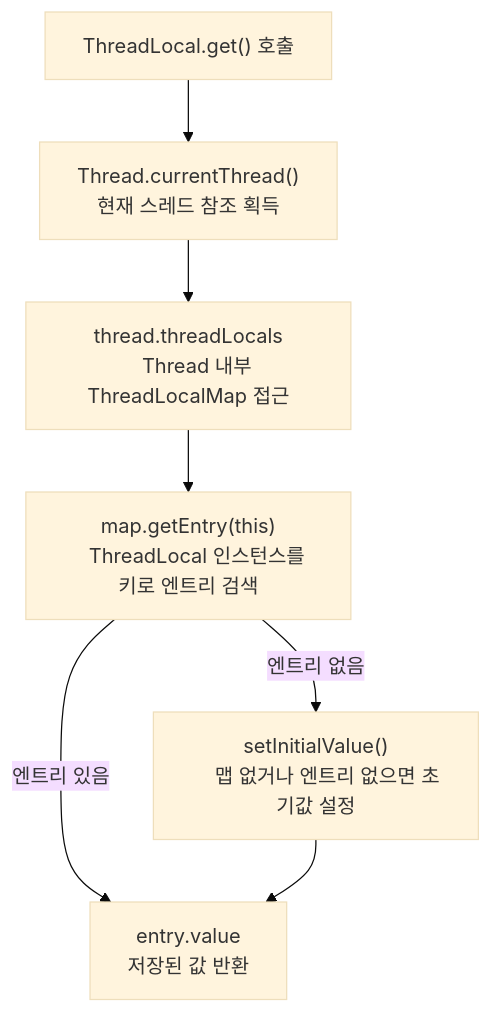
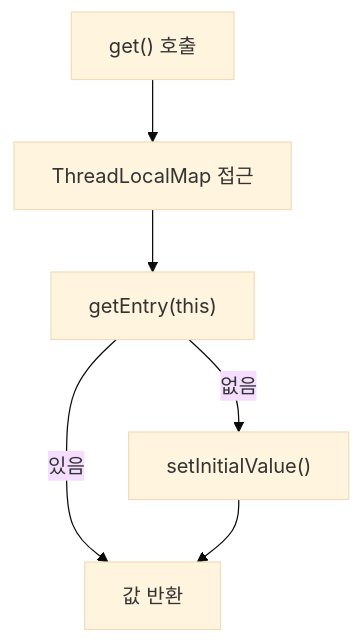
One commit to yjkim2015/yjkim2015.github.io changed the first of 5 diagrams in _posts/java/2026-05-01-java-threadlocal.md. Above: the diagram before and after it, drawn with Mermaid (base theme). The commit also changed other lines of this file and 215 other files, not shown here.

First line of the commit message:
신규 포스트 10개 추가 + Mermaid 전면 축소 + SystemDesign 시리즈 보강

````diff
--- a/_posts/java/2026-05-01-java-threadlocal.md
+++ b/_posts/java/2026-05-01-java-threadlocal.md
@@ -67,18 +67,7 @@
 ```mermaid
 graph TD
-    GET["ThreadLocal.get() 호출"]
-    CURRENT["Thread.currentThread()
-    현재 스레드 참조 획득"]
-    MAP["thread.threadLocals
-    Thread 내부 ThreadLocalMap 접근"]
-    ENTRY["map.getEntry(this)
-    ThreadLocal 인스턴스를 키로 엔트리 검색"]
-    VALUE["entry.value
-    저장된 값 반환"]
-    INIT["setInitialValue()
-    맵 없거나 엔트리 없으면 초기값 설정"]
-
-    GET --> CURRENT --> MAP --> ENTRY
-    ENTRY -->|"엔트리 있음"| VALUE
-    ENTRY -->|"엔트리 없음"| INIT --> VALUE
+    GET["get() 호출"] --> MAP["ThreadLocalMap 접근"]
+    MAP --> ENTRY["getEntry(this)"]
+    ENTRY -->|"있음"| VALUE["값 반환"]
+    ENTRY -->|"없음"| INIT["setInitialValue()"] --> VALUE
 ```
````
